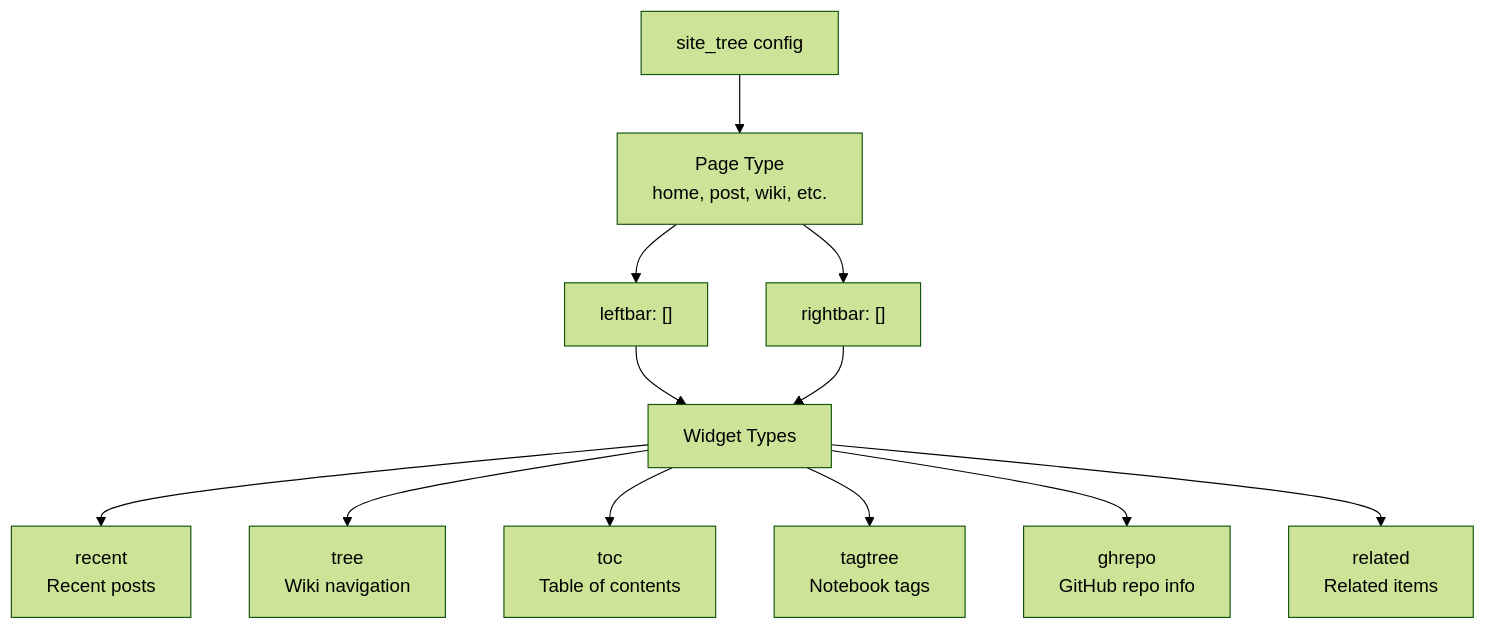
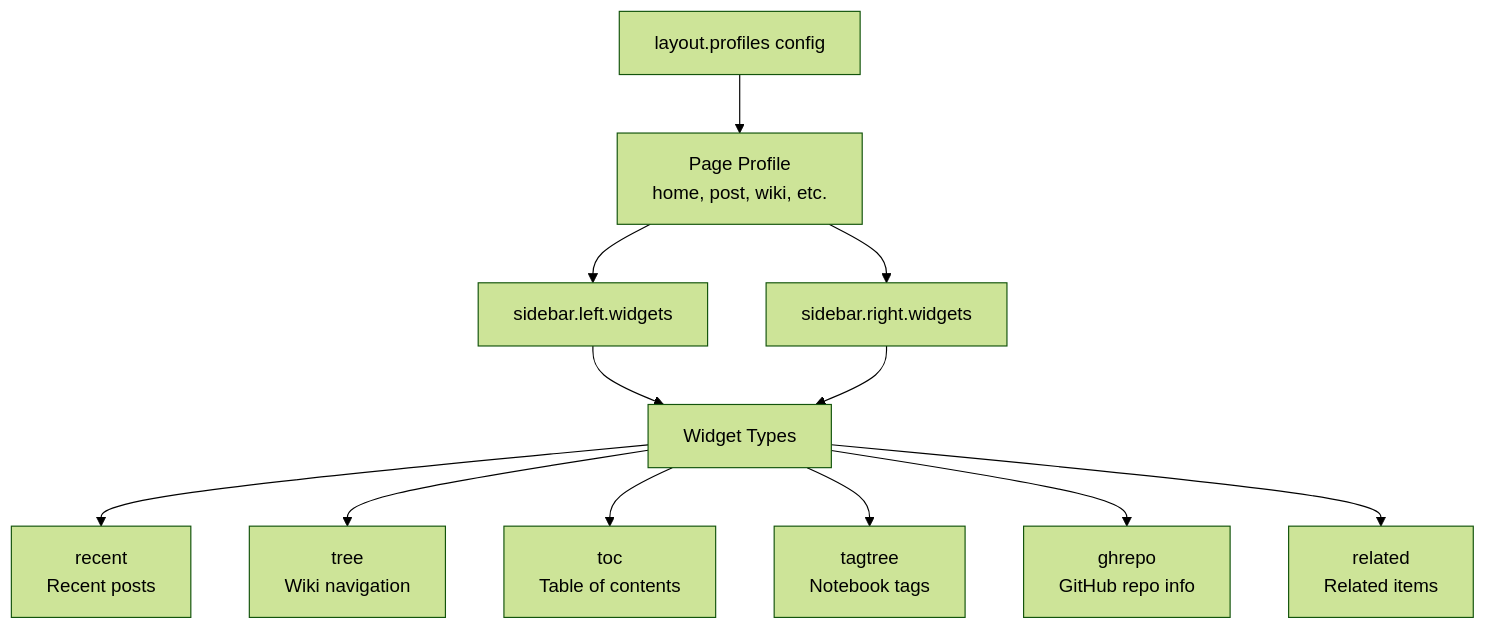
Before and after one commit to xaoxuu/hexo-theme-stellar: the fourth of 4 diagrams in docs/knowledge/06-数据服务与组件/data-widgets-overview.md, drawn with Mermaid (forest theme). The commit also changed other lines of this file and 60 other files, not shown here.

Commit message:
refactor(v2): 迁移 Layout Profile 配置 (#707)

````diff
--- a/docs/knowledge/06-数据服务与组件/data-widgets-overview.md
+++ b/docs/knowledge/06-数据服务与组件/data-widgets-overview.md
@@ -215,29 +215,29 @@
 ```mermaid
 graph TB
-  SiteTree["site_tree config"]
-  PageType["Page Type\nhome, post, wiki, etc."]
-  LeftBar["leftbar: []"]
-  RightBar["rightbar: []"]
+  SiteTree["layout.profiles config"]
+  PageType["Page Profile\nhome, post, wiki, etc."]
+  LeftBar["sidebar.left.widgets"]
+  RightBar["sidebar.right.widgets"]
   
   WidgetTypes["Widget Types"]
   RecentWidget["recent\nRecent posts"]
   TreeWidget["tree\nWiki navigation"]
   TOCWidget["toc\nTable of contents"]
   TagTreeWidget["tagtree\nNotebook tags"]
   GHRepoWidget["ghrepo\nGitHub repo info"]
   RelatedWidget["related\nRelated items"]
   
   SiteTree --> PageType
   PageType --> LeftBar
   PageType --> RightBar
   
   LeftBar --> WidgetTypes
   RightBar --> WidgetTypes
   
   WidgetTypes --> RecentWidget
   WidgetTypes --> TreeWidget
   WidgetTypes --> TOCWidget
   WidgetTypes --> TagTreeWidget
   WidgetTypes --> GHRepoWidget
   WidgetTypes --> RelatedWidget
 ```
````
